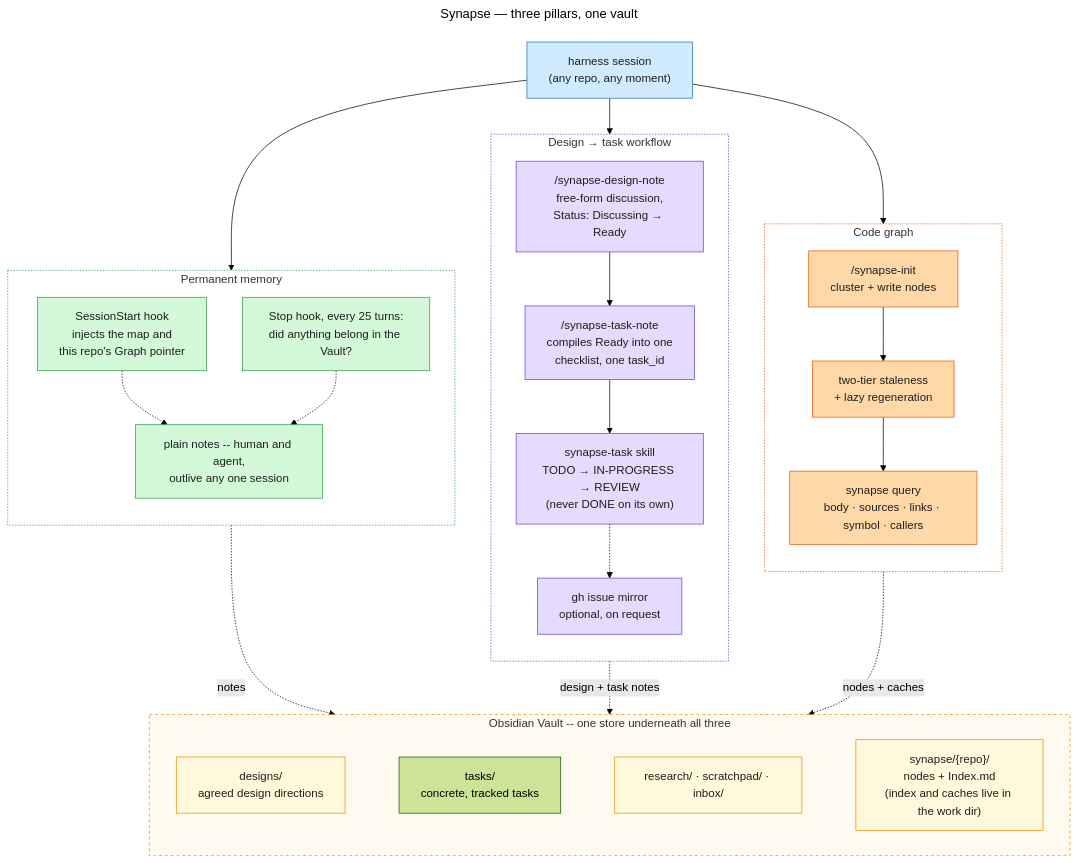
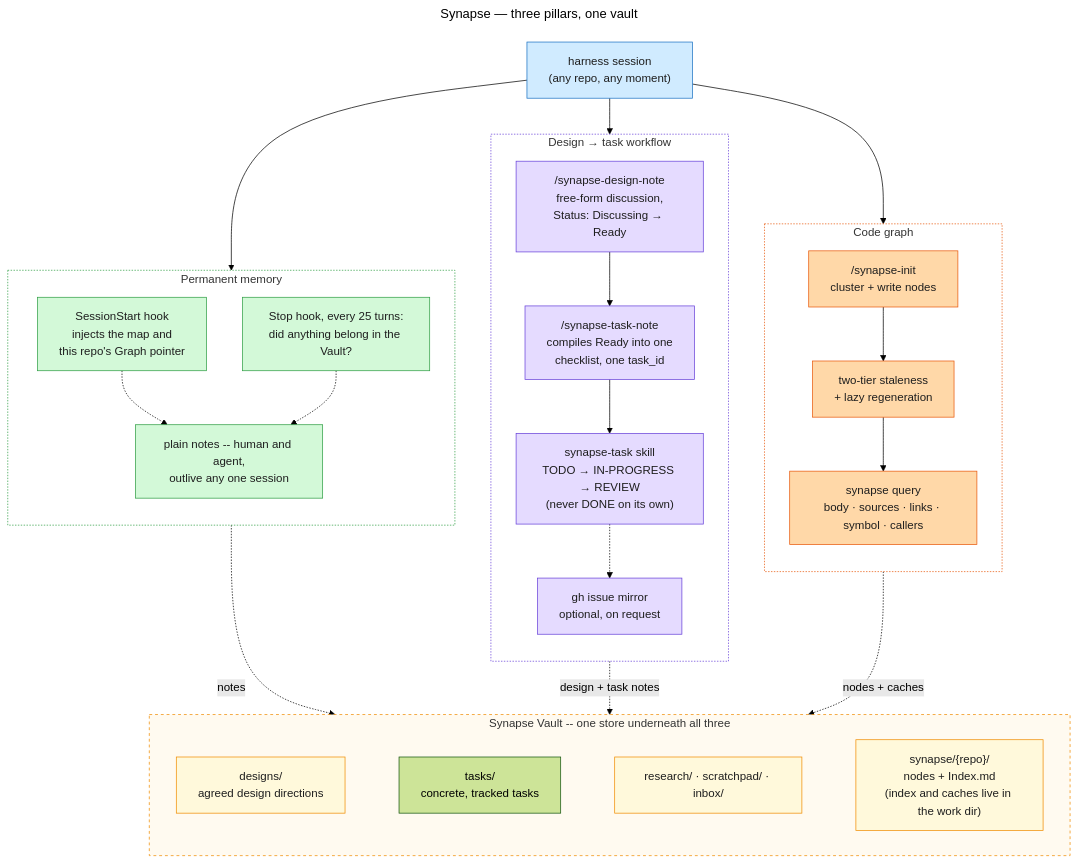
The diagram in docs/synapse/diagrams/synapse-overview.mmd (imunitic/synapse), drawn with Mermaid (forest theme) before and after one commit. The commit also changed 39 other files, not shown here.

First line of the commit message:
docs(synapse): scope Obsidian to its own adapter, document extended stores

```diff
--- a/docs/synapse/diagrams/synapse-overview.mmd
+++ b/docs/synapse/diagrams/synapse-overview.mmd
@@ -1,76 +1,76 @@
 ---
 title: Synapse — three pillars, one vault
 ---
 %% A capability-level map, not an architecture diagram -- docs/README.md's "three
 %% components" (Vault / Graph / Tools) describes what things ARE; this describes
 %% what a session actually GETS. The three pillar boxes are deliberately drawn the
 %% same size: the Graph is mechanically the most complex (two staleness tiers, a
 %% tags cache, tree-sitter), but conceptually it is one of three, not the main
 %% event -- sizing them equally is the point, not an oversight. (Subgraph titles
 %% stay one line on purpose -- a <br/> in a subgraph label, unlike a node label,
 %% collides with the first node instead of wrapping.)
 flowchart TB
     classDef session fill:#d0ebff,stroke:#1971c2,color:#1e1e1e
     classDef memory fill:#d3f9d8,stroke:#2f9e44,color:#1e1e1e
     classDef workflow fill:#e5dbff,stroke:#6741d9,color:#1e1e1e
     classDef codegraph fill:#ffd8a8,stroke:#e8590c,color:#1e1e1e
     classDef vault fill:#fff9db,stroke:#f08c00,color:#1e1e1e
 
     SESSION["harness session<br/>(any repo, any moment)"]
 
     subgraph MEM["Permanent memory"]
         direction TB
         M1["SessionStart hook<br/>injects the map and<br/>this repo's Graph pointer"]
         M2["Stop hook, every 25 turns:<br/>did anything belong in the Vault?"]
         M3["plain notes -- human and agent,<br/>outlive any one session"]
         M1 -.-> M3
         M2 -.-> M3
     end
 
     subgraph WORK["Design → task workflow"]
         direction TB
         W1["/synapse-design-note<br/>free-form discussion,<br/>Status: Discussing → Ready"]
         W2["/synapse-task-note<br/>compiles Ready into one<br/>checklist, one task_id"]
         W3["synapse-task skill<br/>TODO → IN-PROGRESS → REVIEW<br/>(never DONE on its own)"]
         W4["gh issue mirror<br/>optional, on request"]
         W1 --> W2 --> W3 -.-> W4
     end
 
     subgraph GRAPH["Code graph"]
         direction TB
         G1["/synapse-init<br/>cluster + write nodes"]
         G2["two-tier staleness<br/>+ lazy regeneration"]
         G3["synapse query<br/>body · sources · links · symbol · callers"]
         G1 --> G2 --> G3
     end
 
-    subgraph VAULT["Obsidian Vault -- one store underneath all three"]
+    subgraph VAULT["Synapse Vault -- one store underneath all three"]
         direction LR
         VDESIGNS["designs/<br/>agreed design directions"]
         VTASKS["tasks/<br/>concrete, tracked tasks"]
         VRESEARCH["research/ · scratchpad/ · inbox/"]
         VSYNAPSE["synapse/{repo}/<br/>nodes + Index.md<br/>(index and caches live in the work dir)"]
         VDESIGNS ~~~ VTASKS ~~~ VRESEARCH ~~~ VSYNAPSE
     end
 
     SESSION --> MEM
     SESSION --> WORK
     SESSION --> GRAPH
 
     %% One edge per pillar into the shared store, not a per-node fan-out --
     %% the point is "all three write here", not which exact folder each uses
     %% (that detail is one glance away inside the Vault box itself).
     MEM -.->|"notes"| VAULT
     WORK -.->|"design + task notes"| VAULT
     GRAPH -.->|"nodes + caches"| VAULT
 
     class SESSION session
     class M1,M2,M3 memory
     class W1,W2,W3,W4 workflow
     class G1,G2,G3 codegraph
     class VDESIGNS,VPROJECTS,VRESEARCH,VSYNAPSE vault
 
     style MEM fill:#ffffff,stroke:#2f9e44,stroke-dasharray:2 2
     style WORK fill:#ffffff,stroke:#6741d9,stroke-dasharray:2 2
     style GRAPH fill:#ffffff,stroke:#e8590c,stroke-dasharray:2 2
     style VAULT fill:#fffaf0,stroke:#f08c00,stroke-dasharray:4 4
```
